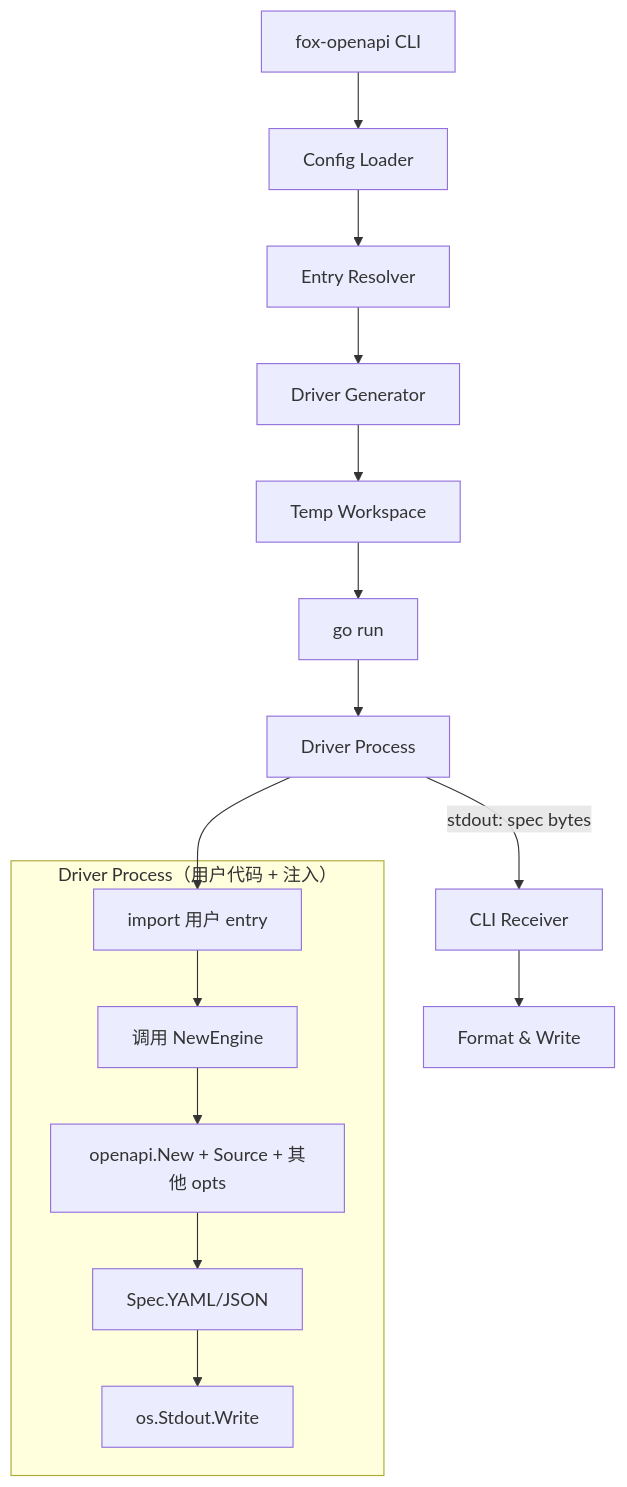
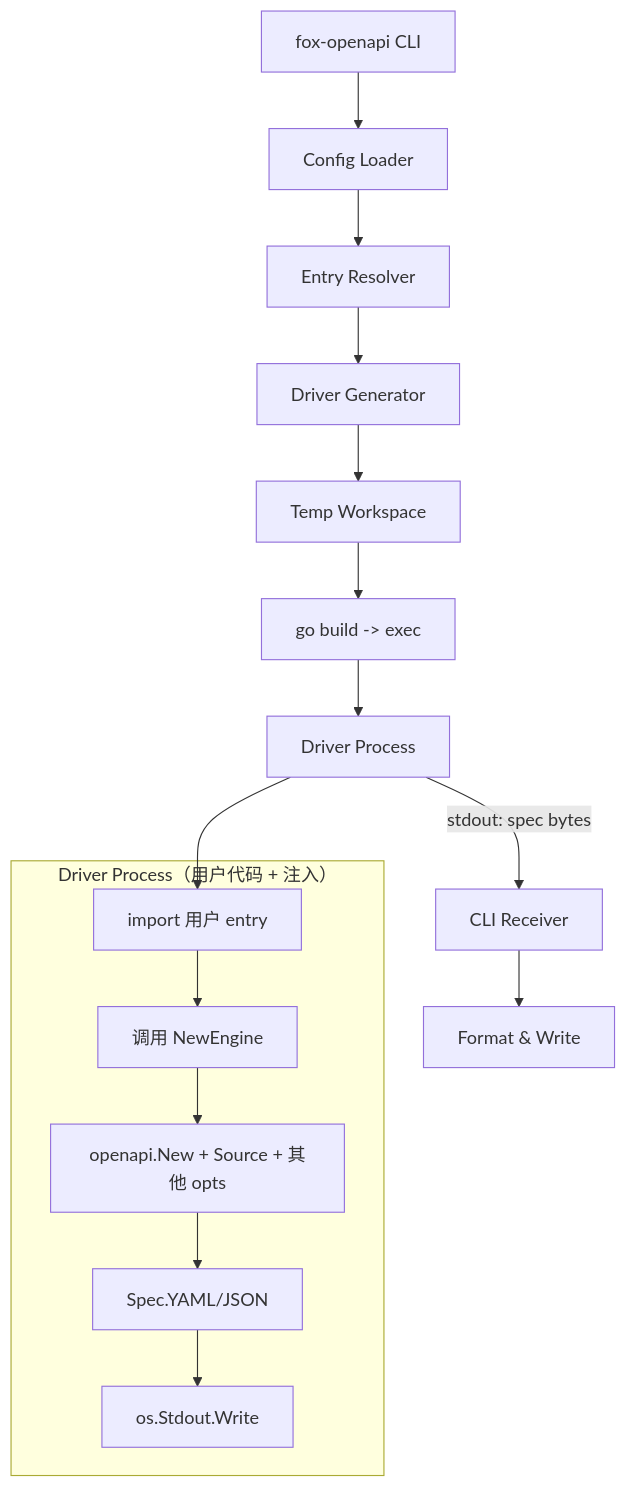
One commit to miclle/fox changed the diagram in docs/openapi-design.md. Above: the diagram before and after it, drawn with Mermaid. The commit also changed other lines of this file, not shown here.

````diff
--- a/docs/openapi-design.md
+++ b/docs/openapi-design.md
@@ -306,20 +306,20 @@
 ```mermaid
 flowchart TB
     A[fox-openapi CLI] --> B[Config Loader]
     B --> C[Entry Resolver]
     C --> D[Driver Generator]
     D --> E[Temp Workspace]
-    E --> F[go run]
+    E --> F[go build -> exec]
     F --> G[Driver Process]
     G -->|stdout: spec bytes| H[CLI Receiver]
     H --> I[Format & Write]
 
     subgraph "Driver Process（用户代码 + 注入）"
       G1[import 用户 entry] --> G2[调用 NewEngine]
       G2 --> G3[openapi.New + Source + 其他 opts]
       G3 --> G4[Spec.YAML/JSON]
       G4 --> G5[os.Stdout.Write]
     end
 
     G --> G1
 ```
````
